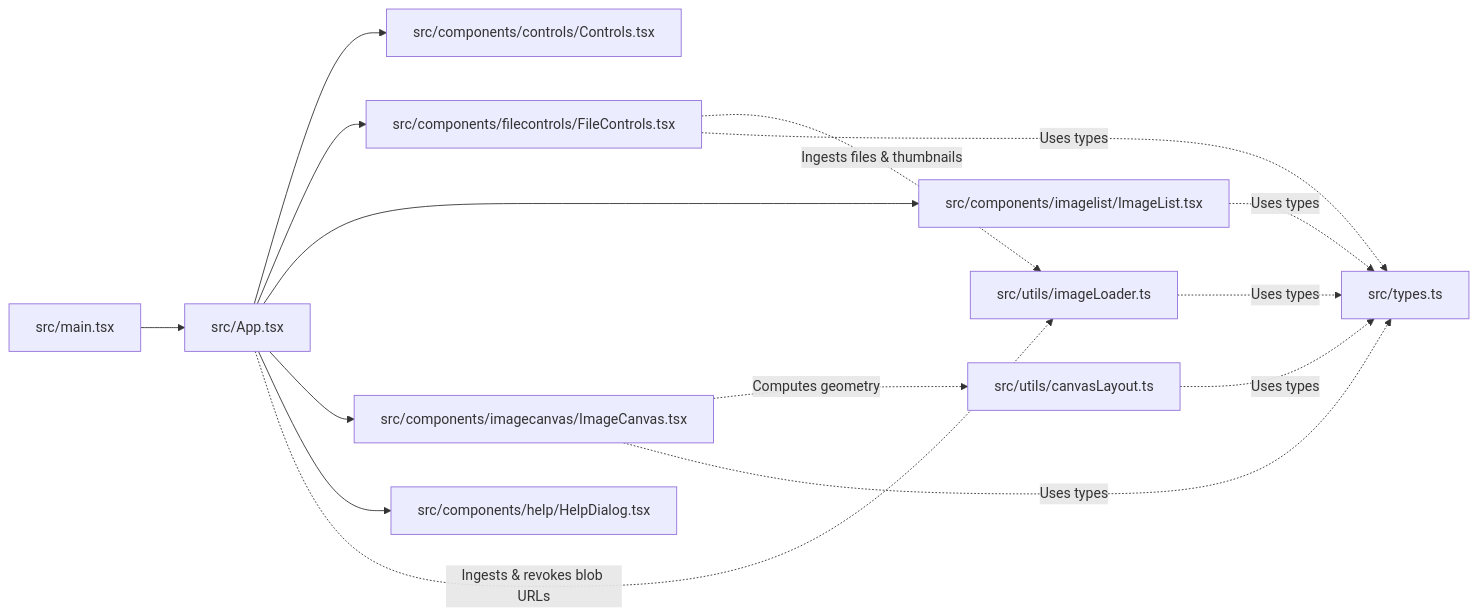
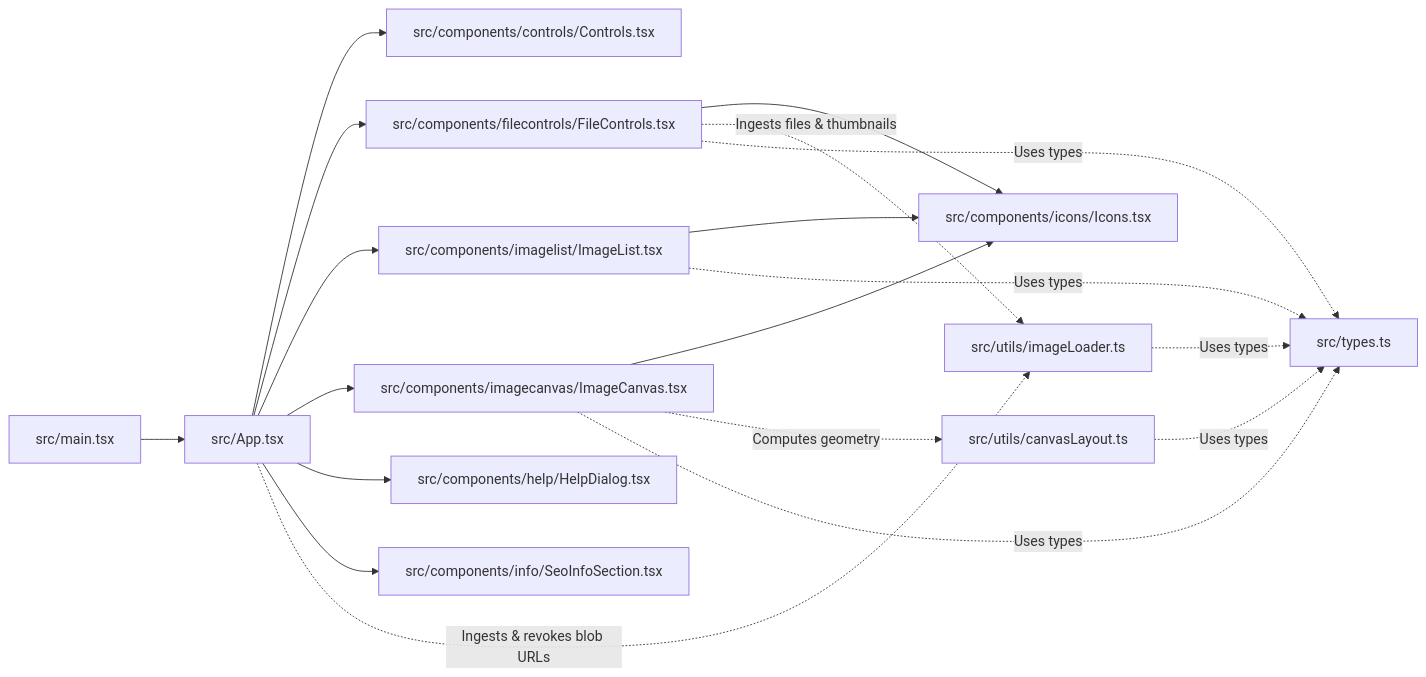
One commit to samliburd/imagejoin-react changed the third of 4 diagrams in ARCHITECTURE.md. Above: the diagram before and after it, drawn with Mermaid. The commit also changed other lines of this file and 18 other files, not shown here.

````diff
--- a/ARCHITECTURE.md
+++ b/ARCHITECTURE.md
@@ -229,17 +234,21 @@
 ```mermaid
 flowchart LR
     main["src/main.tsx"] --> App["src/App.tsx"]
     App --> Controls["src/components/controls/Controls.tsx"]
     App --> FileControls["src/components/filecontrols/FileControls.tsx"]
     App --> ImageList["src/components/imagelist/ImageList.tsx"]
     App --> ImageCanvas["src/components/imagecanvas/ImageCanvas.tsx"]
     App --> HelpDialog["src/components/help/HelpDialog.tsx"]
+    App --> SeoInfoSection["src/components/info/SeoInfoSection.tsx"]
+    FileControls --> Icons["src/components/icons/Icons.tsx"]
+    ImageList --> Icons
+    ImageCanvas --> Icons
     App -.->|"Ingests & revokes blob URLs"| ImageLoader["src/utils/imageLoader.ts"]
     FileControls -.->|"Ingests files & thumbnails"| ImageLoader
     ImageCanvas -.->|"Computes geometry"| CanvasLayout["src/utils/canvasLayout.ts"]
     FileControls -.->|"Uses types"| Types["src/types.ts"]
     ImageCanvas -.->|"Uses types"| Types
     ImageList -.->|"Uses types"| Types
     CanvasLayout -.->|"Uses types"| Types
     ImageLoader -.->|"Uses types"| Types
 ```
````
